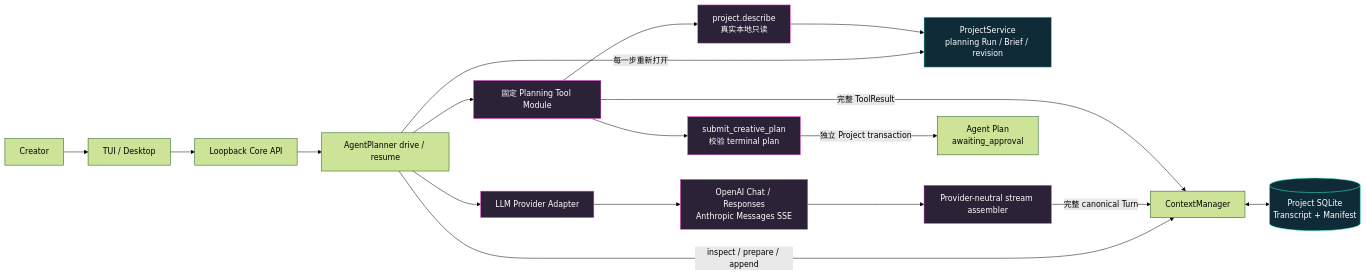
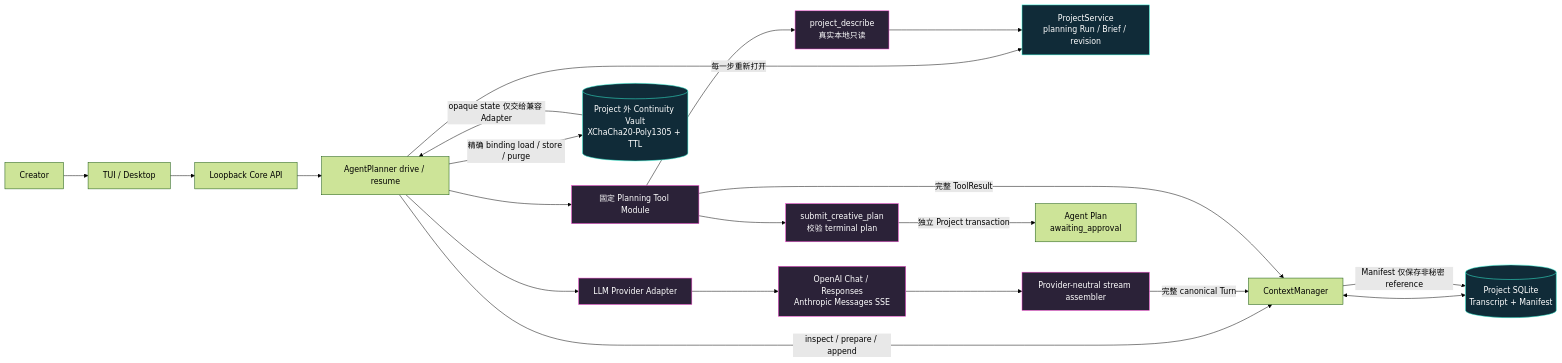
One commit to 0xLaiHo/auto-studio changed the diagram in docs/design/auto-studio-technical-design.md. Above: the diagram before and after it, drawn with Mermaid (forest theme). The commit also changed other lines of this file and 36 other files, not shown here.

Commit message:
feat(agent): add provider continuity vault

````diff
--- a/docs/design/auto-studio-technical-design.md
+++ b/docs/design/auto-studio-technical-design.md
@@ -72,28 +72,32 @@
 ```mermaid
 flowchart LR
     Creator[Creator] --> Client[TUI / Desktop]
     Client --> API[Loopback Core API]
     API --> Planner[AgentPlanner drive / resume]
 
     Planner -->|每一步重新打开| Project[ProjectService\nplanning Run / Brief / revision]
     Planner -->|inspect / prepare / append| Context[ContextManager]
     Context <--> SQLite[(Project SQLite\nTranscript + Manifest)]
 
     Planner --> Adapter[LLM Provider Adapter]
     Adapter --> Wire[OpenAI Chat / Responses\nAnthropic Messages SSE]
     Wire --> Assembler[Provider-neutral stream assembler]
     Assembler -->|完整 canonical Turn| Context
 
+    Planner -->|精确 binding load / store / purge| Vault[(Project 外 Continuity Vault\nXChaCha20-Poly1305 + TTL)]
+    Vault -->|opaque state 仅交给兼容 Adapter| Planner
+    Context -->|Manifest 仅保存非秘密 reference| SQLite
+
     Planner --> FixedTools[固定 Planning Tool Module]
-    FixedTools --> Describe[project.describe\n真实本地只读]
+    FixedTools --> Describe[project_describe\n真实本地只读]
     Describe --> Project
     FixedTools --> Submit[submit_creative_plan\n校验 terminal plan]
     FixedTools -->|完整 ToolResult| Context
 
     Submit -->|独立 Project transaction| Approval[Agent Plan\nawaiting_approval]
 
     classDef pending fill:#2b2238,stroke:#ff4fd8,color:#ffffff;
     classDef durable fill:#102b38,stroke:#39ffdf,color:#ffffff;
-    class SQLite,Project durable;
+    class SQLite,Project,Vault durable;
     class Adapter,Wire,Assembler,FixedTools,Describe,Submit pending;
 ```
````
